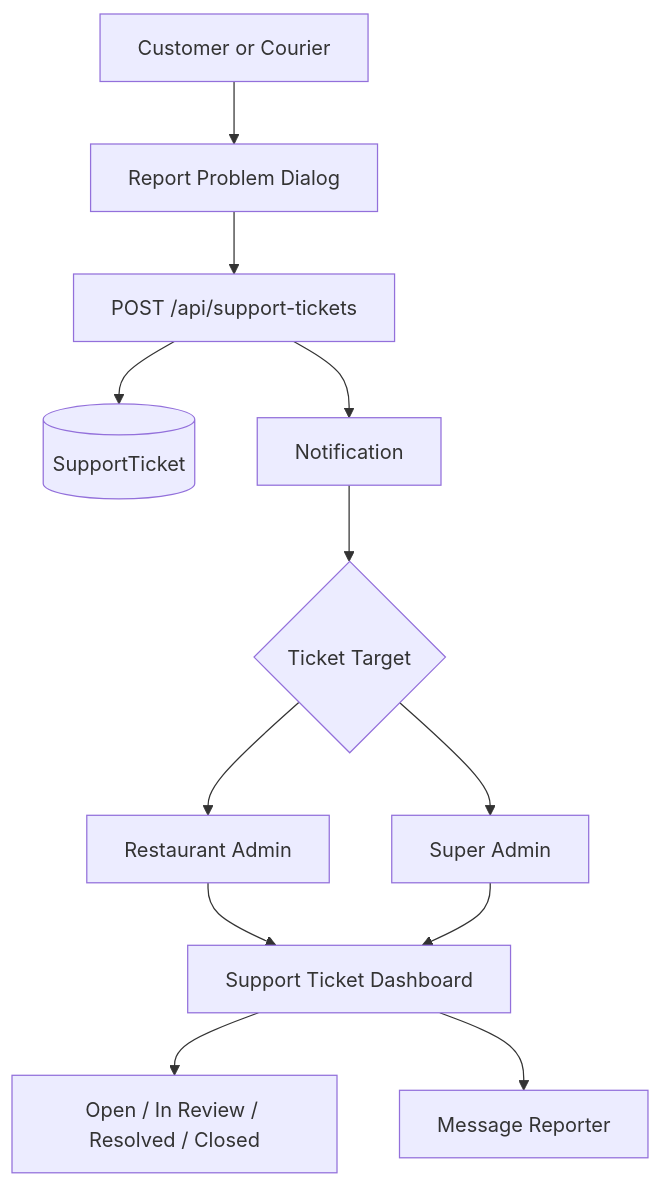
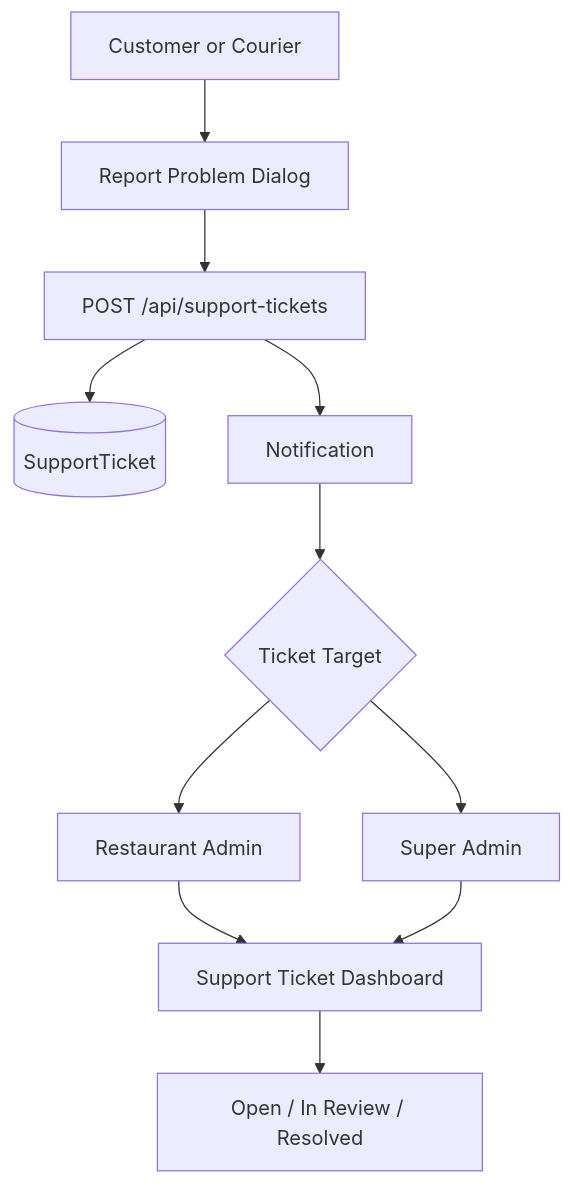
The eighth of 8 diagrams in ARCHITECTURE.md (kimamovic21/food-ordering-app-nextjs-cwd-yt-2023), drawn with Mermaid before and after one commit. The commit also changed other lines of this file and 29 other files, not shown here.

First line of the commit message:
Improve order flow, courier summaries, and project docs

````diff
--- a/ARCHITECTURE.md
+++ b/ARCHITECTURE.md
@@ -235,14 +246,13 @@
 ```mermaid
 flowchart TD
   Reporter[Customer or Courier] --> Dialog[Report Problem Dialog]
   Dialog --> TicketAPI[POST /api/support-tickets]
   TicketAPI --> Ticket[(SupportTicket)]
   TicketAPI --> Notify[Notification]
   Notify --> Target{Ticket Target}
   Target --> RestaurantOwner[Restaurant Admin]
   Target --> SuperAdmin[Super Admin]
   RestaurantOwner --> Dashboard[Support Ticket Dashboard]
   SuperAdmin --> Dashboard
-  Dashboard --> Status[Open / In Review / Resolved / Closed]
-  Dashboard --> Messages[Message Reporter]
+  Dashboard --> Status[Open / In Review / Resolved]
 ```
````
